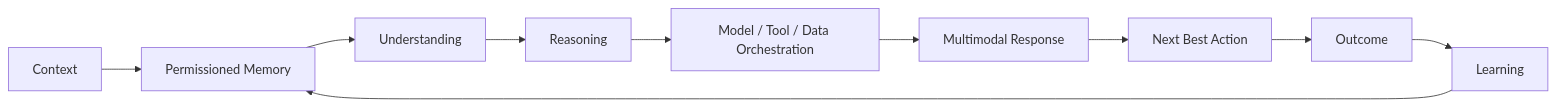
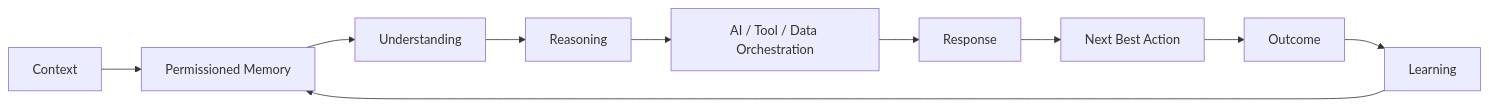
One commit to AddiX123/LifeOS-AI changed the diagram in README.md. Above: the diagram before and after it, drawn with Mermaid. The commit also changed other lines of this file, not shown here.

````diff
--- a/README.md
+++ b/README.md
@@ -45,12 +220,12 @@
 ```mermaid
 flowchart LR
     A[Context] --> B[Permissioned Memory]
     B --> C[Understanding]
     C --> D[Reasoning]
-    D --> E[Model / Tool / Data Orchestration]
-    E --> F[Multimodal Response]
+    D --> E[AI / Tool / Data Orchestration]
+    E --> F[Response]
     F --> G[Next Best Action]
     G --> H[Outcome]
     H --> I[Learning]
     I --> B
 ```
````
